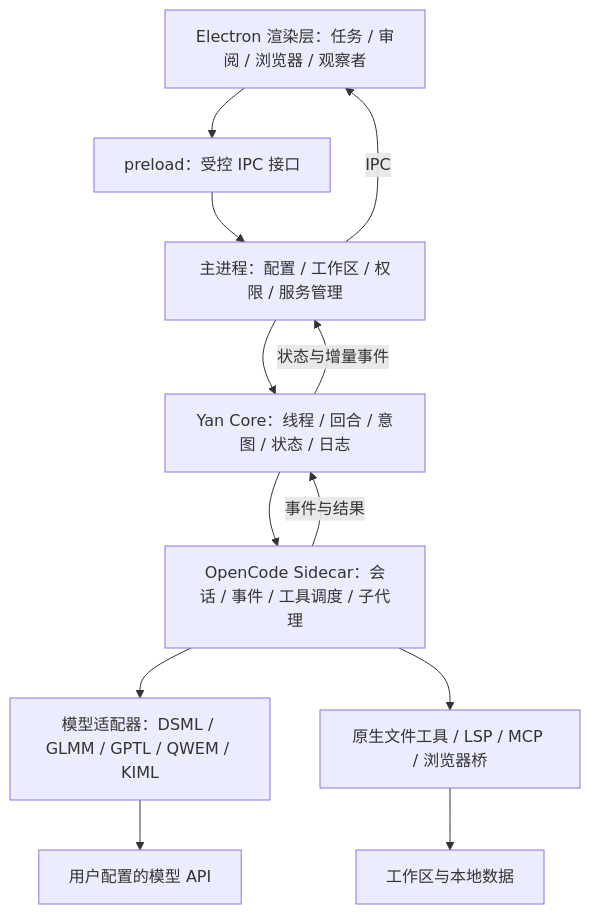
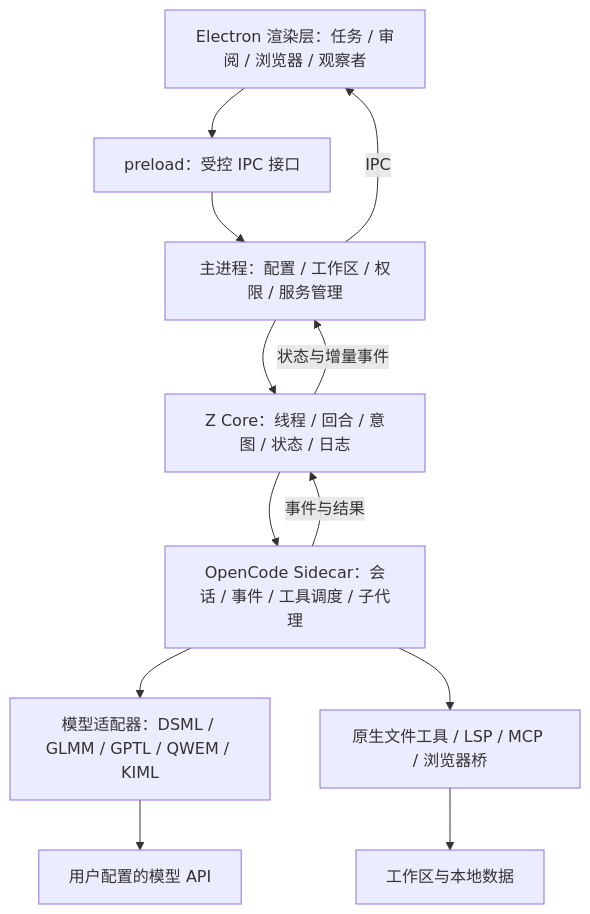
The diagram in docs/technical-reference.md (zyfyz666/z-agent), drawn with Mermaid before and after one commit. The commit also changed other lines of this file and 435 other files, not shown here.

````diff
--- a/docs/technical-reference.md
+++ b/docs/technical-reference.md
@@ -76,19 +76,19 @@
 ```mermaid
 flowchart TD
   UI[Electron 渲染层：任务 / 审阅 / 浏览器 / 观察者]
   IPC[preload：受控 IPC 接口]
   MAIN[主进程：配置 / 工作区 / 权限 / 服务管理]
-  CORE[Yan Core：线程 / 回合 / 意图 / 状态 / 日志]
+  CORE[Z Core：线程 / 回合 / 意图 / 状态 / 日志]
   SIDE[OpenCode Sidecar：会话 / 事件 / 工具调度 / 子代理]
   ADAPTER[模型适配器：DSML / GLMM / GPTL / QWEM / KIML]
   API[用户配置的模型 API]
   TOOLS[原生文件工具 / LSP / MCP / 浏览器桥]
   DISK[工作区与本地数据]
   UI --> IPC --> MAIN
   MAIN --> CORE --> SIDE
   SIDE --> ADAPTER --> API
   SIDE --> TOOLS --> DISK
   SIDE -->|事件与结果| CORE
   CORE -->|状态与增量事件| MAIN
   MAIN -->|IPC| UI
 ```
````
